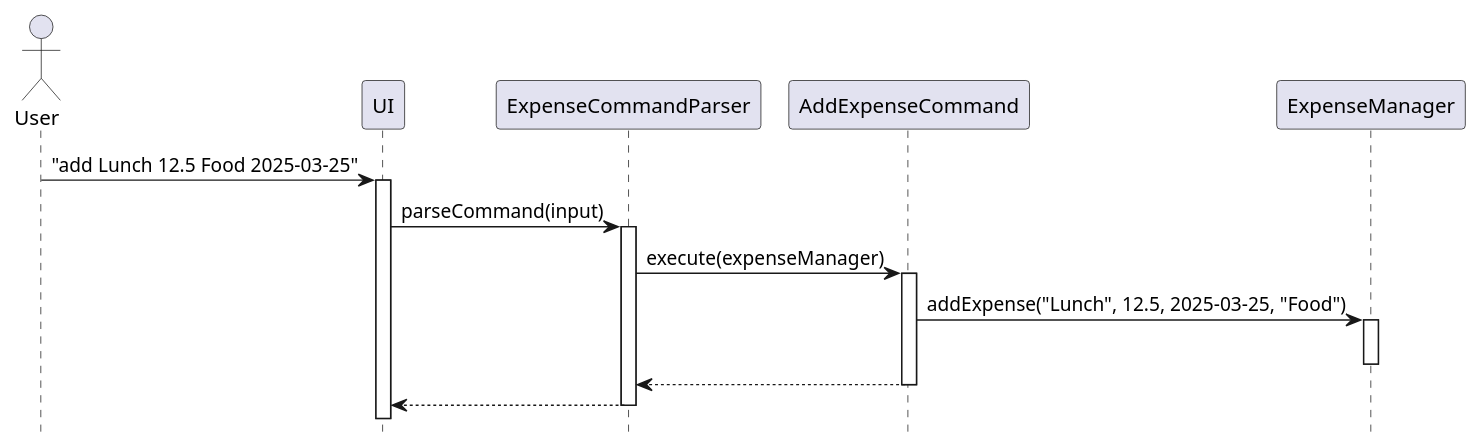
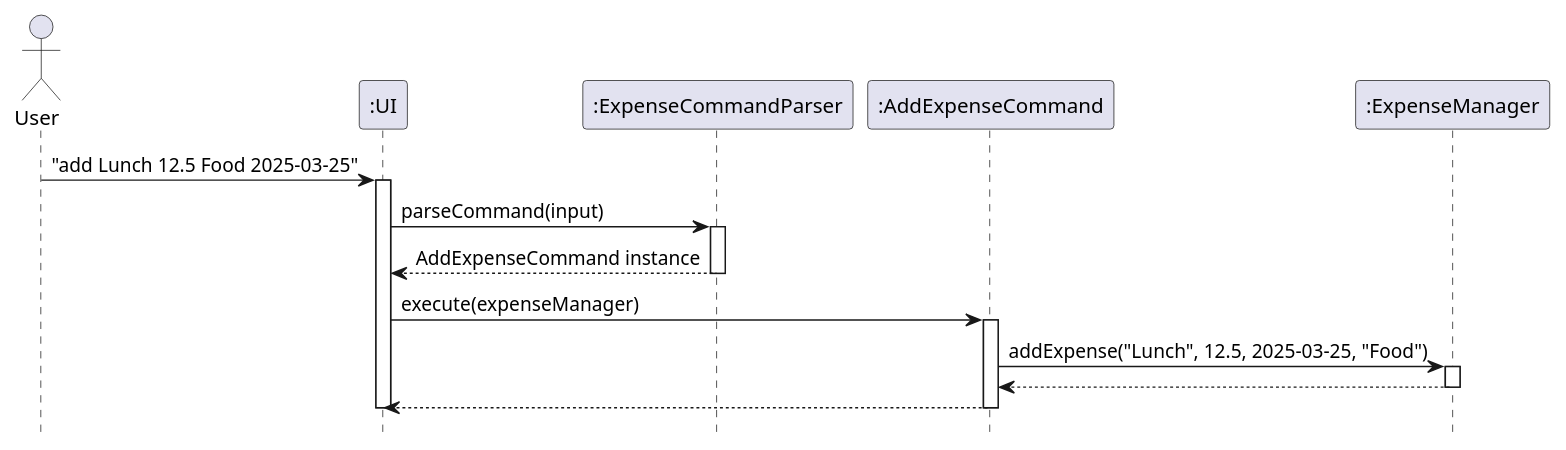
Before and after one commit to trunghjieu2506/tp: the diagram in docs/diagrams/AddExpenseSequence.puml, drawn with PlantUML. The commit also changed 1 other file, not shown here.

Commit message:
Update Sequence Diagram for add expense

```diff
--- a/docs/diagrams/AddExpenseSequence.puml
+++ b/docs/diagrams/AddExpenseSequence.puml
@@ -1,26 +1,29 @@
 @startuml
 actor User
-participant UI
-participant ExpenseCommandParser
-participant AddExpenseCommand
-participant ExpenseManager
+participant ":UI"
+participant ":ExpenseCommandParser"
+participant ":AddExpenseCommand"
+participant ":ExpenseManager"
 hide footbox
 
-User -> UI: "add Lunch 12.5 Food 2025-03-25"
-activate UI
+User -> ":UI" : "add Lunch 12.5 Food 2025-03-25"
+activate ":UI"
 
-UI -> ExpenseCommandParser: parseCommand(input)
-activate ExpenseCommandParser
+":UI" -> ":ExpenseCommandParser": parseCommand(input)
+activate ":ExpenseCommandParser"
+":ExpenseCommandParser" --> ":UI": AddExpenseCommand instance
+deactivate ":ExpenseCommandParser"
 
-ExpenseCommandParser -> AddExpenseCommand: execute(expenseManager)
-activate AddExpenseCommand
-AddExpenseCommand -> ExpenseManager: addExpense("Lunch", 12.5, 2025-03-25, "Food")
-activate ExpenseManager
-deactivate ExpenseManager
-AddExpenseCommand --> ExpenseCommandParser
+":UI" -> ":AddExpenseCommand": execute(expenseManager)
+activate ":AddExpenseCommand"
 
-deactivate AddExpenseCommand
-ExpenseCommandParser --> UI
-deactivate ExpenseCommandParser
+":AddExpenseCommand" -> ":ExpenseManager": addExpense("Lunch", 12.5, 2025-03-25, "Food")
+activate ":ExpenseManager"
+":ExpenseManager" --> ":AddExpenseCommand"
+deactivate ":ExpenseManager"
 
+":AddExpenseCommand" --> ":UI"
+deactivate ":AddExpenseCommand"
+
+deactivate ":UI"
 @enduml
```
